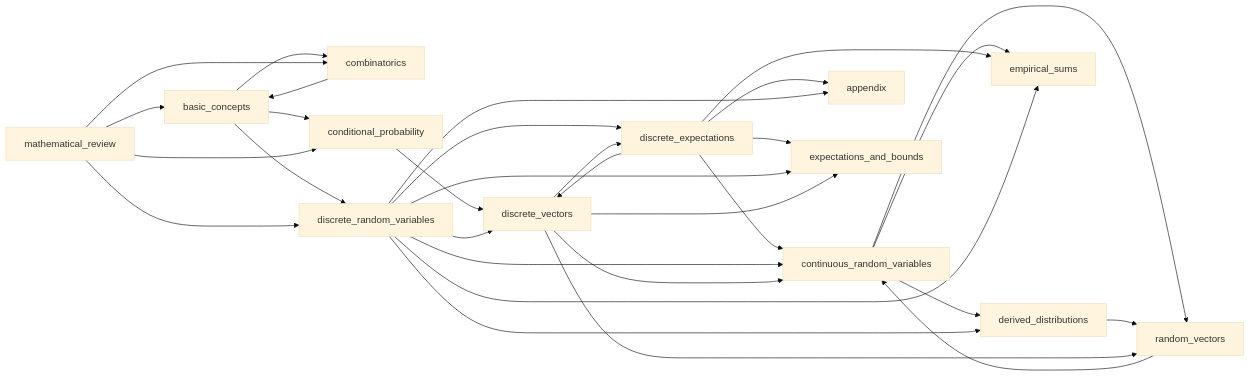
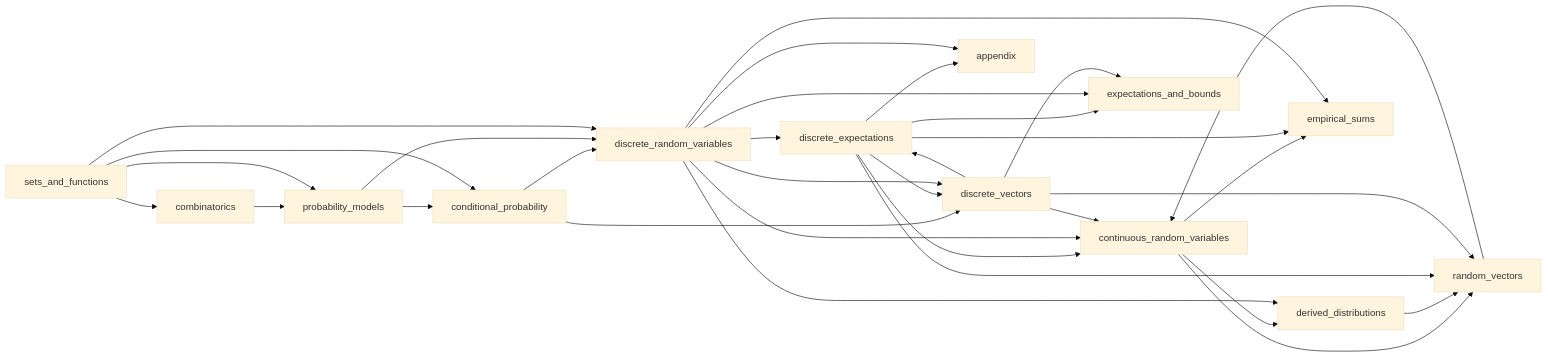
Before and after one commit to EduDocs/probability: the diagram in CONCEPT_MAP.md, drawn with Mermaid (base theme). The commit also changed other lines of this file and 18 other files, not shown here.

First line of the commit message:
Rename chapter 'Basic Concepts of Probability' to 'Probability Models'

````diff
--- a/CONCEPT_MAP.md
+++ b/CONCEPT_MAP.md
@@ -25,33 +25,34 @@
 ```mermaid
 graph LR
-    basic_concepts --> combinatorics
-    basic_concepts --> conditional_probability
-    basic_concepts --> discrete_random_variables
-    combinatorics --> basic_concepts
+    combinatorics --> probability_models
+    conditional_probability --> discrete_random_variables
     conditional_probability --> discrete_vectors
     continuous_random_variables --> derived_distributions
     continuous_random_variables --> empirical_sums
     continuous_random_variables --> random_vectors
     derived_distributions --> random_vectors
     discrete_expectations --> appendix
     discrete_expectations --> continuous_random_variables
     discrete_expectations --> discrete_vectors
     discrete_expectations --> empirical_sums
     discrete_expectations --> expectations_and_bounds
+    discrete_expectations --> random_vectors
     discrete_random_variables --> appendix
     discrete_random_variables --> continuous_random_variables
     discrete_random_variables --> derived_distributions
     discrete_random_variables --> discrete_expectations
     discrete_random_variables --> discrete_vectors
     discrete_random_variables --> empirical_sums
     discrete_random_variables --> expectations_and_bounds
     discrete_vectors --> continuous_random_variables
     discrete_vectors --> discrete_expectations
     discrete_vectors --> expectations_and_bounds
     discrete_vectors --> random_vectors
-    mathematical_review --> basic_concepts
-    mathematical_review --> combinatorics
-    mathematical_review --> conditional_probability
-    mathematical_review --> discrete_random_variables
+    probability_models --> conditional_probability
+    probability_models --> discrete_random_variables
     random_vectors --> continuous_random_variables
+    sets_and_functions --> combinatorics
+    sets_and_functions --> conditional_probability
+    sets_and_functions --> discrete_random_variables
+    sets_and_functions --> probability_models
 ```
````
